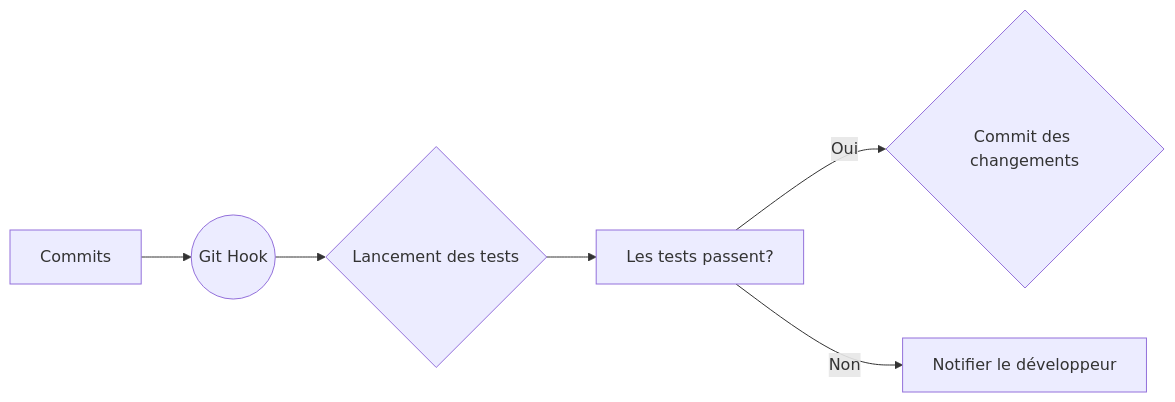
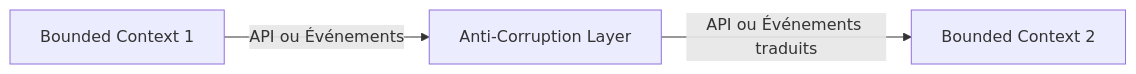
Before and after one commit to Tan-Software/bonnes-pratiques-git: diagram 20 of 21 in README.md, drawn with Mermaid. The commit also changed other lines of this file, not shown here.

````diff
--- a/README.md
+++ b/README.md
@@ -316,9 +697,5 @@
 ```mermaid
-graph LR
-A[Commits] --> B((Git Hook))
-B --> C{Lancement des tests}
-C --> D[Les tests passent?]
-D -->|Oui| E{Commit des changements}
-D -->|Non| F[Notifier le développeur]
-
+	graph LR
+    A[Bounded Context 1] -- API ou Événements --> B[Anti-Corruption Layer]
+    B -- API ou Événements traduits --> C[Bounded Context 2]
 ```
````
